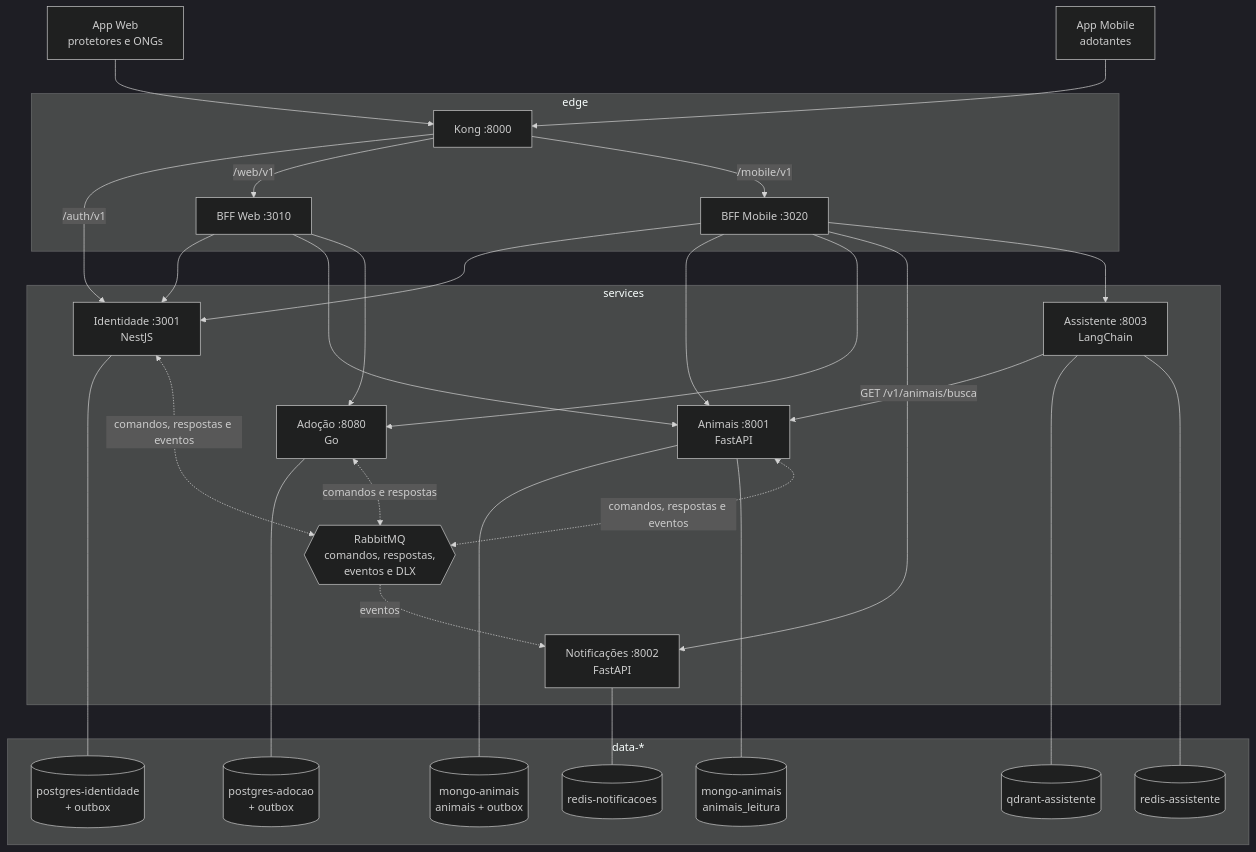
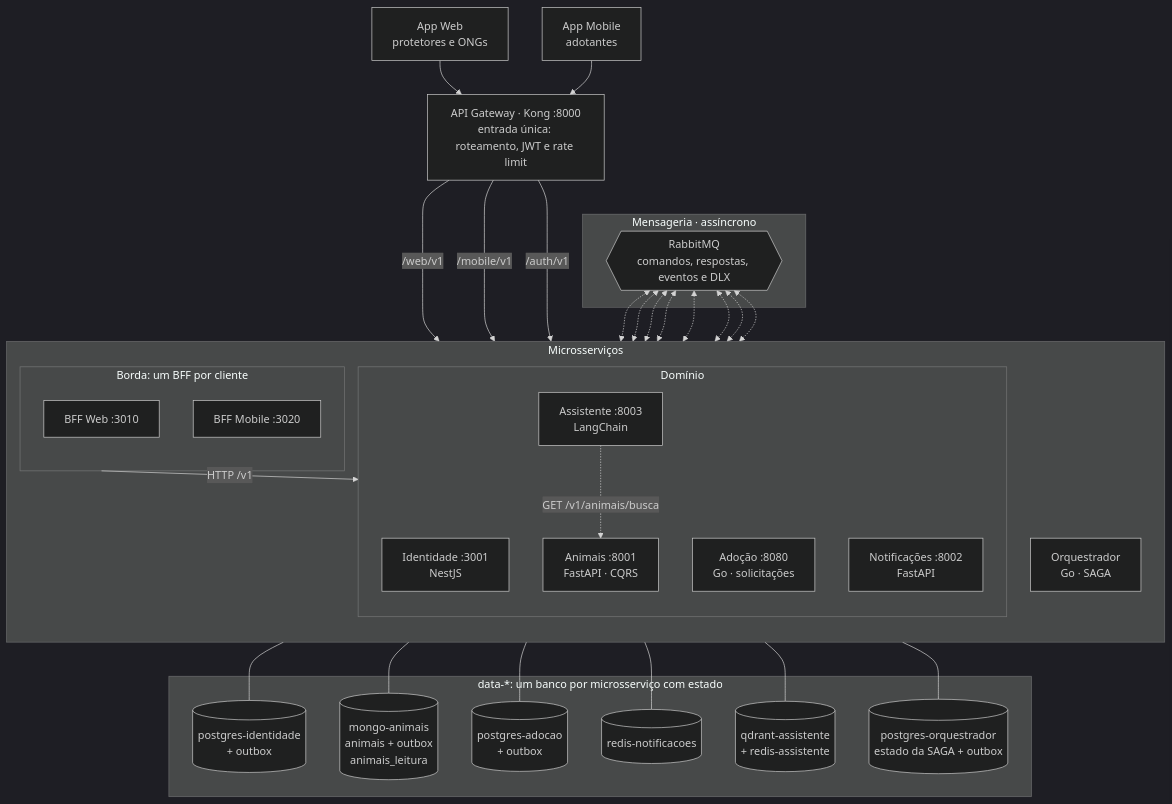
One commit to gxbreus/ampara changed the first of 2 diagrams in docs/arquitetura.md. Above: the diagram before and after it, drawn with Mermaid (dark theme). The commit also changed other lines of this file, not shown here.

First line of the commit message:
docs: separa o Orquestrador da Adoção e põe a mensageria abaixo do gateway

````diff
--- a/docs/arquitetura.md
+++ b/docs/arquitetura.md
@@ -17,52 +31,63 @@
 ```mermaid
 flowchart TB
     Web[App Web<br/>protetores e ONGs]
     Mob[App Mobile<br/>adotantes]
-
-    subgraph edge[edge]
-        GW[Kong :8000]
-        BW[BFF Web :3010]
-        BM[BFF Mobile :3020]
-    end
-
-    subgraph services[services]
-        ID[Identidade :3001<br/>NestJS]
-        AN[Animais :8001<br/>FastAPI]
-        AD[Adoção :8080<br/>Go]
-        NO[Notificações :8002<br/>FastAPI]
-        AS[Assistente :8003<br/>LangChain]
-        MQ{{RabbitMQ<br/>comandos, respostas,<br/>eventos e DLX}}
-    end
-
-    subgraph data[data-*]
-        PG1[(postgres-identidade<br/>+ outbox)]
-        MGW[(mongo-animais<br/>animais + outbox)]
-        MGR[(mongo-animais<br/>animais_leitura)]
-        PG2[(postgres-adocao<br/>+ outbox)]
-        RD[(redis-notificacoes)]
-        QD[(qdrant-assistente)]
-        RC[(redis-assistente)]
-    end
+    GW[API Gateway · Kong :8000<br/>entrada única: roteamento, JWT e rate limit]
 
     Web --> GW
     Mob --> GW
-    GW -->|/auth/v1| ID
-    GW -->|/web/v1| BW
-    GW -->|/mobile/v1| BM
-    BW --> ID & AN & AD
-    BM --> ID & AN & AD & NO & AS
-    AS -->|GET /v1/animais/busca| AN
+
+    subgraph Mensageria[Mensageria · assíncrono]
+        MQ{{RabbitMQ<br/>comandos, respostas, eventos e DLX}}
+    end
+
+    GW ~~~ MQ
+    MQ ~~~ BFFs
+
+    subgraph Servicos[Microsserviços]
+        direction TB
+        subgraph BFFs[Borda: um BFF por cliente]
+            BW[BFF Web :3010]
+            BM[BFF Mobile :3020]
+        end
+        subgraph Dominio[Domínio]
+            ID[Identidade :3001<br/>NestJS]
+            AN[Animais :8001<br/>FastAPI · CQRS]
+            AD[Adoção :8080<br/>Go · solicitações]
+            NO[Notificações :8002<br/>FastAPI]
+            AS[Assistente :8003<br/>LangChain]
+        end
+        OR[Orquestrador<br/>Go · SAGA]
+    end
+
+    subgraph Dados[data-*: um banco por microsserviço com estado]
+        PG1[(postgres-identidade<br/>+ outbox)]
+        MG[(mongo-animais<br/>animais + outbox<br/>animais_leitura)]
+        PG2[(postgres-adocao<br/>+ outbox)]
+        RD[(redis-notificacoes)]
+        QD[(qdrant-assistente<br/>+ redis-assistente)]
+        PG3[(postgres-orquestrador<br/>estado da SAGA + outbox)]
+    end
+
+    GW -- /web/v1 --> BW
+    GW -- /mobile/v1 --> BM
+    GW -- /auth/v1 --> ID
+    BFFs -- HTTP /v1 --> Dominio
+    AS -. GET /v1/animais/busca .-> AN
+
+    MQ <-.-> BW
+    MQ <-.-> BM
+    MQ <-.-> ID
+    MQ <-.-> AN
+    MQ <-.-> AD
+    MQ <-.-> NO
+    MQ <-.-> AS
+    MQ <-.-> OR
 
     ID --- PG1
-    AN --- MGW
-    AN --- MGR
+    AN --- MG
     AD --- PG2
     NO --- RD
     AS --- QD
-    AS --- RC
-
-    AD <-. comandos e respostas .-> MQ
-    AN <-. comandos, respostas e eventos .-> MQ
-    ID <-. comandos, respostas e eventos .-> MQ
-    MQ -. eventos .-> NO
+    OR --- PG3
 ```
````
